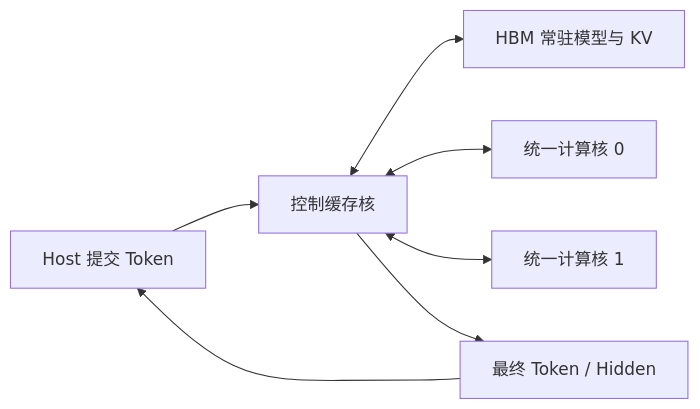
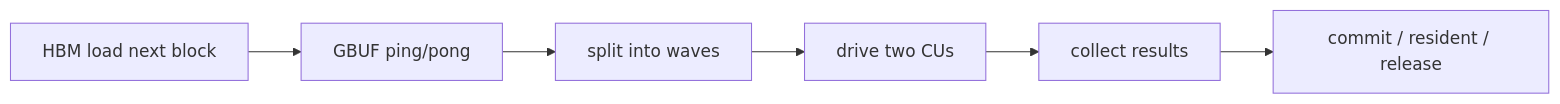
The first of 2 diagrams in docs/架构设计.md (TruNcat3/LLM-ACCEL), drawn with Mermaid before and after one commit. The commit also changed other lines of this file and 52 other files, not shown here.

````diff
--- a/docs/架构设计.md
+++ b/docs/架构设计.md
@@ -229,9 +39,8 @@
 ```mermaid
 flowchart LR
-    H[Host 提交 Token] --> C[控制缓存核]
-    C <--> M[HBM 常驻模型与 KV]
-    C <--> U0[统一计算核 0]
-    C <--> U1[统一计算核 1]
-    C --> R[最终 Token / Hidden]
-    R --> H
+    A[HBM load next block] --> B[GBUF ping/pong]
+    B --> C[split into waves]
+    C --> D[drive two CUs]
+    D --> E[collect results]
+    E --> F[commit / resident / release]
 ```
````
